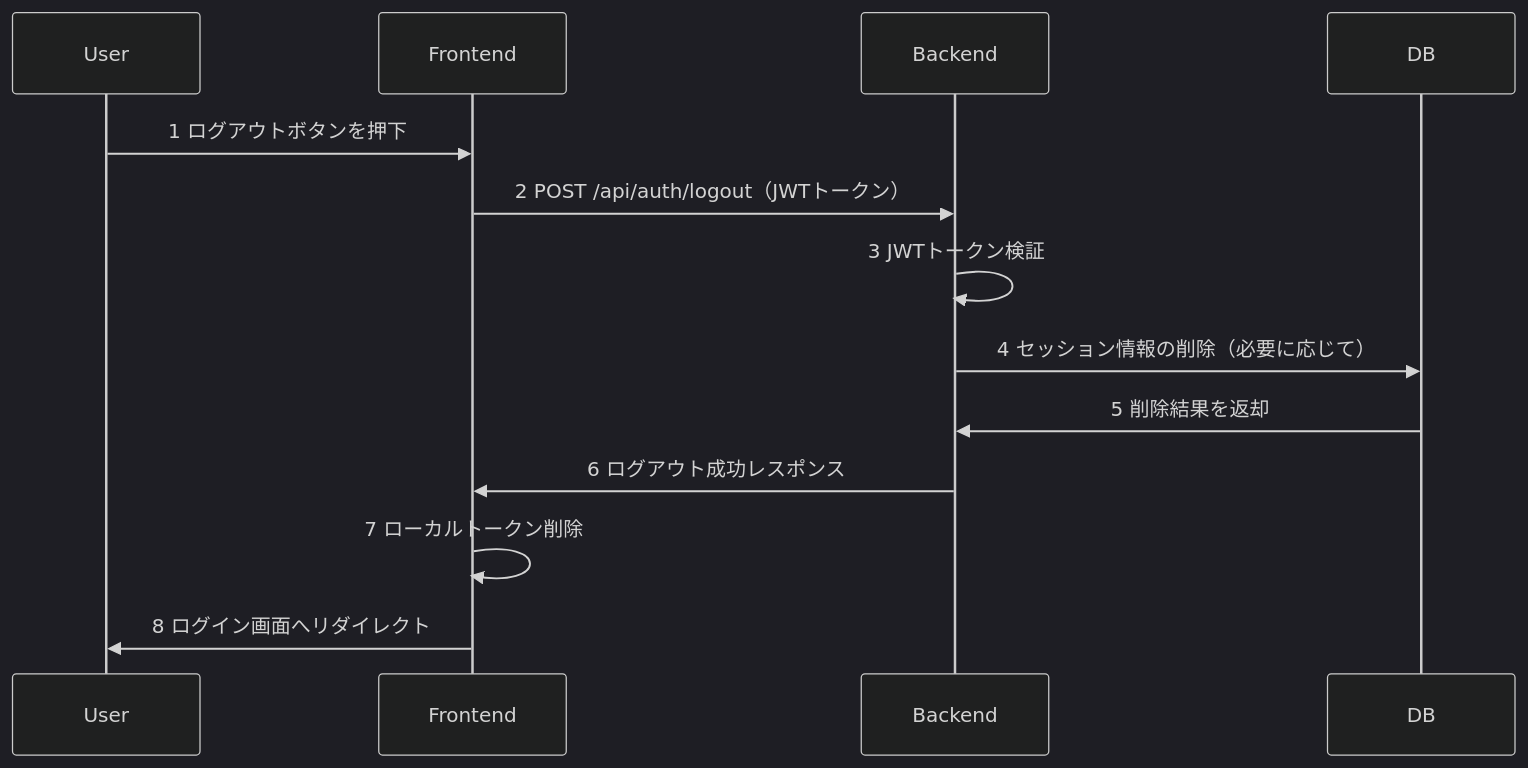
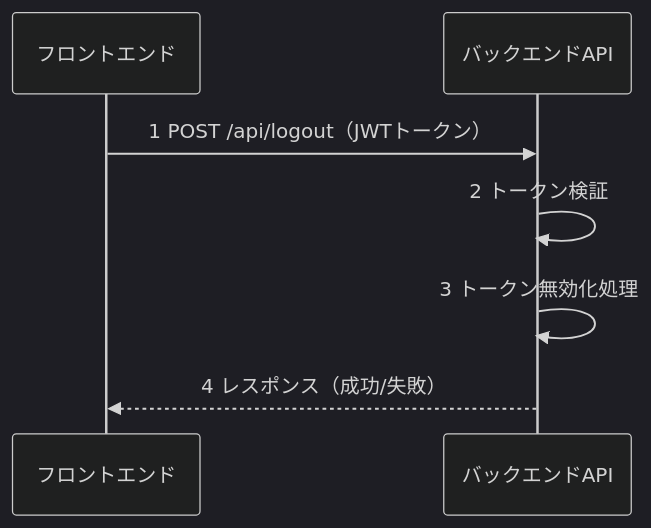
Before and after one commit to HatoriIchigo/C3-cli-full: the first of 2 diagrams in sample/detail/func/ログアウト.U03.md, drawn with Mermaid (dark theme). The commit also changed other lines of this file and 31 other files, not shown here.

````diff
--- a/sample/detail/func/ログアウト.U03.md
+++ b/sample/detail/func/ログアウト.U03.md
@@ -8,16 +8,10 @@
 ```mermaid
 sequenceDiagram
-    participant User
-    participant Frontend
-    participant Backend
-    participant DB
+    participant UI as フロントエンド
+    participant API as バックエンドAPI
 
-    User->>Frontend: 1 ログアウトボタンを押下
-    Frontend->>Backend: 2 POST /api/auth/logout（JWTトークン）
-    Backend->>Backend: 3 JWTトークン検証
-    Backend->>DB: 4 セッション情報の削除（必要に応じて）
-    DB->>Backend: 5 削除結果を返却
-    Backend->>Frontend: 6 ログアウト成功レスポンス
-    Frontend->>Frontend: 7 ローカルトークン削除
-    Frontend->>User: 8 ログイン画面へリダイレクト
+    UI->>API: 1 POST /api/logout（JWTトークン）
+    API->>API: 2 トークン検証
+    API->>API: 3 トークン無効化処理
+    API-->>UI: 4 レスポンス（成功/失敗）
 ```
````
